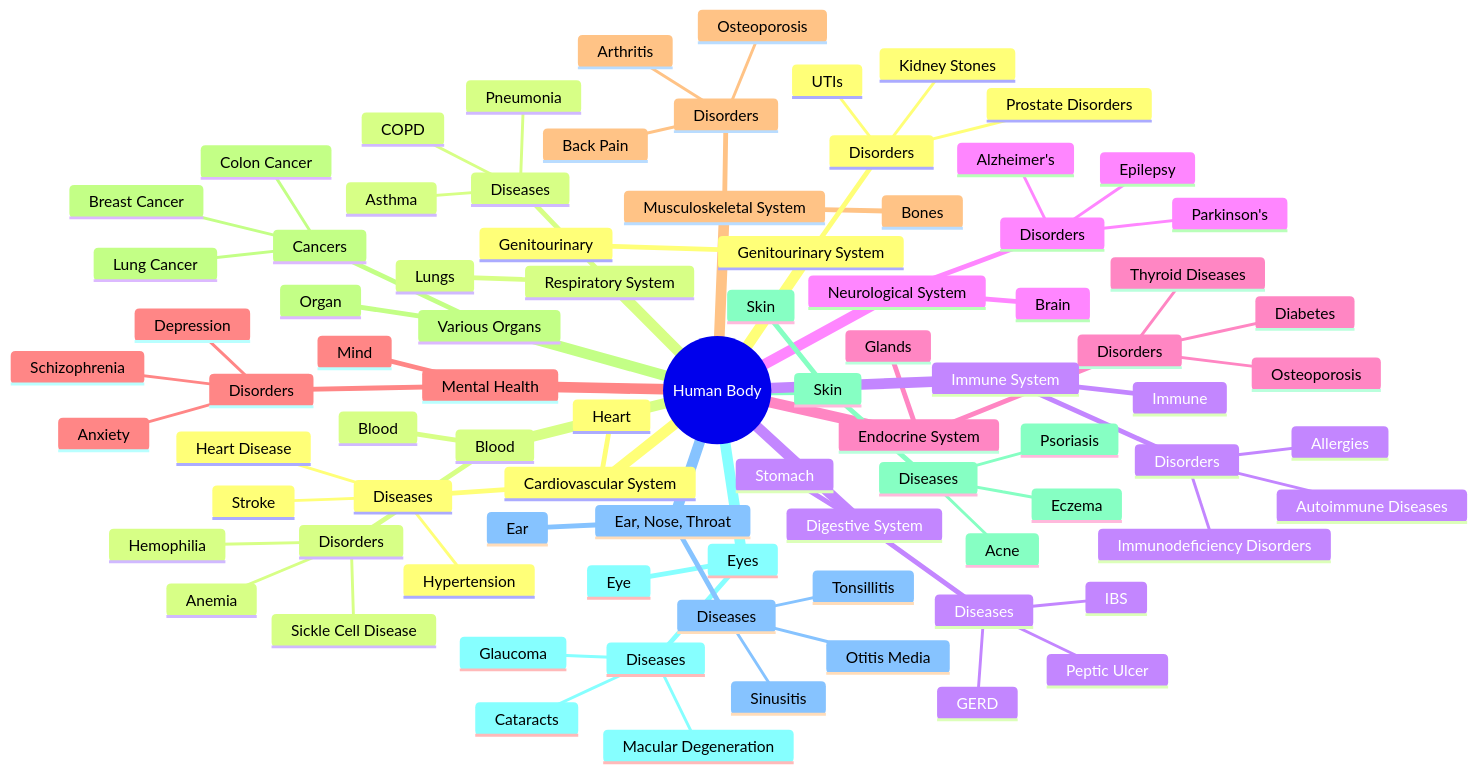
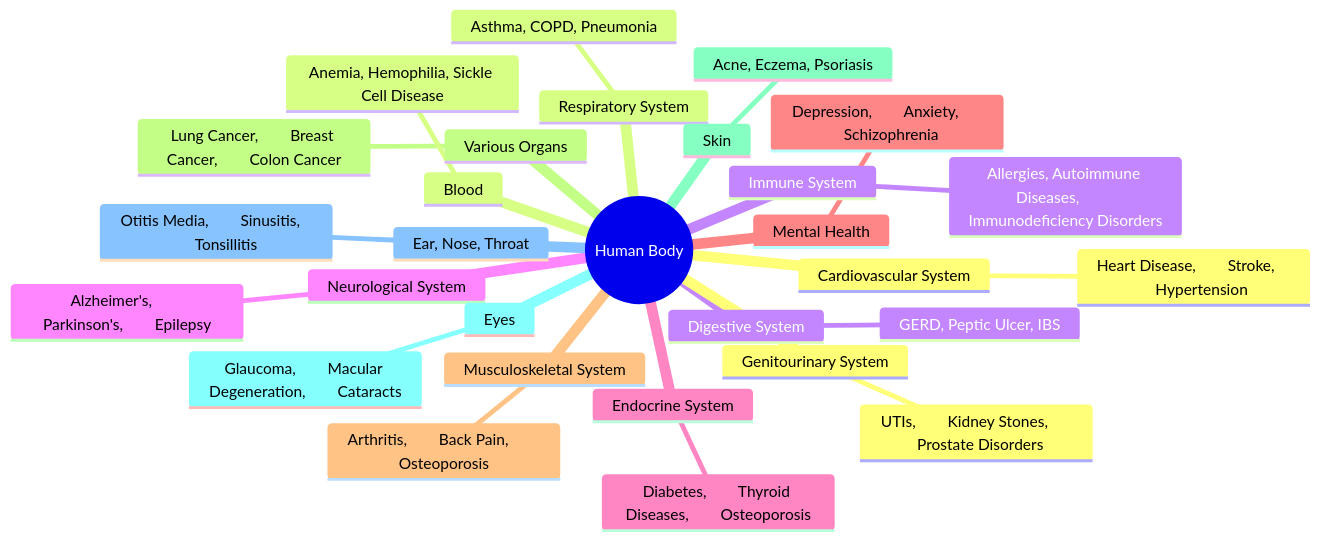
One commit to ajinkyagorad/HumanBody changed the third of 3 diagrams in README.md. Above: the diagram before and after it, drawn with Mermaid.

````diff
--- a/README.md
+++ b/README.md
@@ -111,101 +111,31 @@
 mindmap
   root((Human Body))
     Cardiovascular System
-      Heart
-      ::icon(fa fa-heart)
-      Diseases
-        Heart Disease
-        Stroke
-        Hypertension
+        Heart Disease,        Stroke,        Hypertension
     Respiratory System
-      Lungs
-      ::icon(fa fa-lungs)
-      Diseases
-        Asthma
-        COPD
-        Pneumonia
+        Asthma,        COPD,        Pneumonia
     Digestive System
-      Stomach
-      ::icon(fa fa-stomach)
-      Diseases
-        GERD
-        Peptic Ulcer
-        IBS
+        GERD,        Peptic Ulcer,        IBS
     Neurological System
-      Brain
-      ::icon(fa fa-brain)
-      Disorders
-        Alzheimer's
-        Parkinson's
-        Epilepsy
+        Alzheimer's,        Parkinson's,        Epilepsy
     Endocrine System
-      Glands
-      ::icon(fa fa-gland)
-      Disorders
-        Diabetes
-        Thyroid Diseases
-        Osteoporosis
+        Diabetes,        Thyroid Diseases,        Osteoporosis
     Mental Health
-      Mind
-      ::icon(fa fa-mind)
-      Disorders
-        Depression
-        Anxiety
-        Schizophrenia
+        Depression,        Anxiety,        Schizophrenia
     Musculoskeletal System
-      Bones
-      ::icon(fa fa-bone)
-      Disorders
-        Arthritis
-        Back Pain
-        Osteoporosis
+        Arthritis,        Back Pain,        Osteoporosis
     Various Organs
-      Organ
-      ::icon(fa fa-organ)
-      Cancers
-        Lung Cancer
-        Breast Cancer
-        Colon Cancer
+        Lung Cancer,        Breast Cancer,        Colon Cancer
     Skin
-      Skin
-      ::icon(fa fa-skin)
-      Diseases
-        Acne
-        Eczema
-        Psoriasis
+        Acne,        Eczema,        Psoriasis
     Eyes
-      Eye
-      ::icon(fa fa-eye)
-      Diseases
-        Glaucoma
-        Macular Degeneration
-        Cataracts
+        Glaucoma,        Macular Degeneration,        Cataracts
     Ear, Nose, Throat
-      Ear
-      ::icon(fa fa-ear)
-      Diseases
-        Otitis Media
-        Sinusitis
-        Tonsillitis
+        Otitis Media,        Sinusitis,        Tonsillitis
     Genitourinary System
-      Genitourinary
-      ::icon(fa fa-genitourinary)
-      Disorders
-        UTIs
-        Kidney Stones
-        Prostate Disorders
+        UTIs,        Kidney Stones,        Prostate Disorders
     Blood
-      Blood
-      ::icon(fa fa-blood)
-      Disorders
-        Anemia
-        Hemophilia
-        Sickle Cell Disease
+        Anemia, Hemophilia, Sickle Cell Disease
     Immune System
-      Immune
-      ::icon(fa fa-immune)
-      Disorders
-        Allergies
-        Autoimmune Diseases
-        Immunodeficiency Disorders
+        Allergies, Autoimmune Diseases,         Immunodeficiency Disorders
 ```
````
